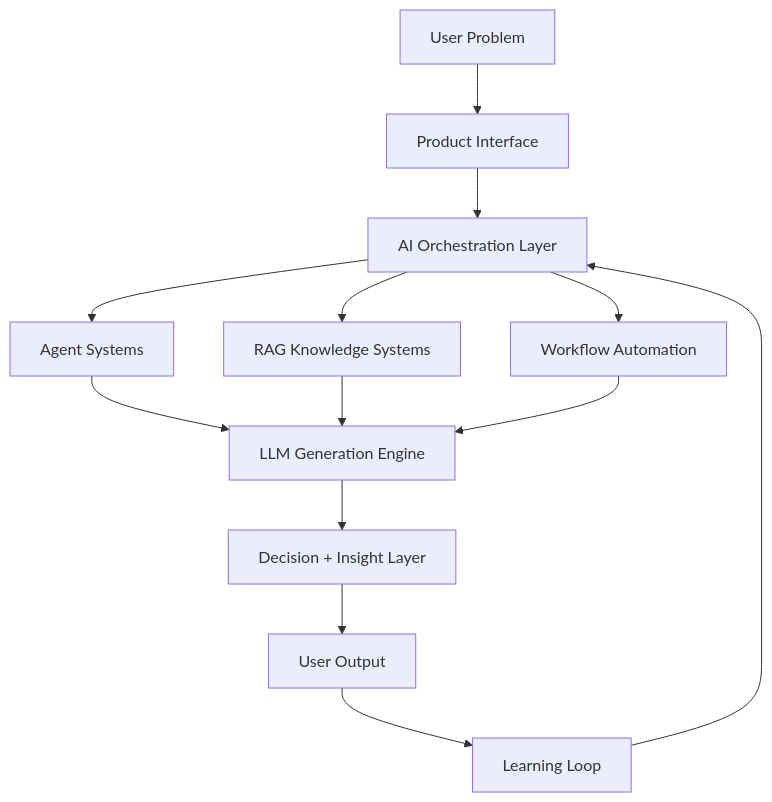
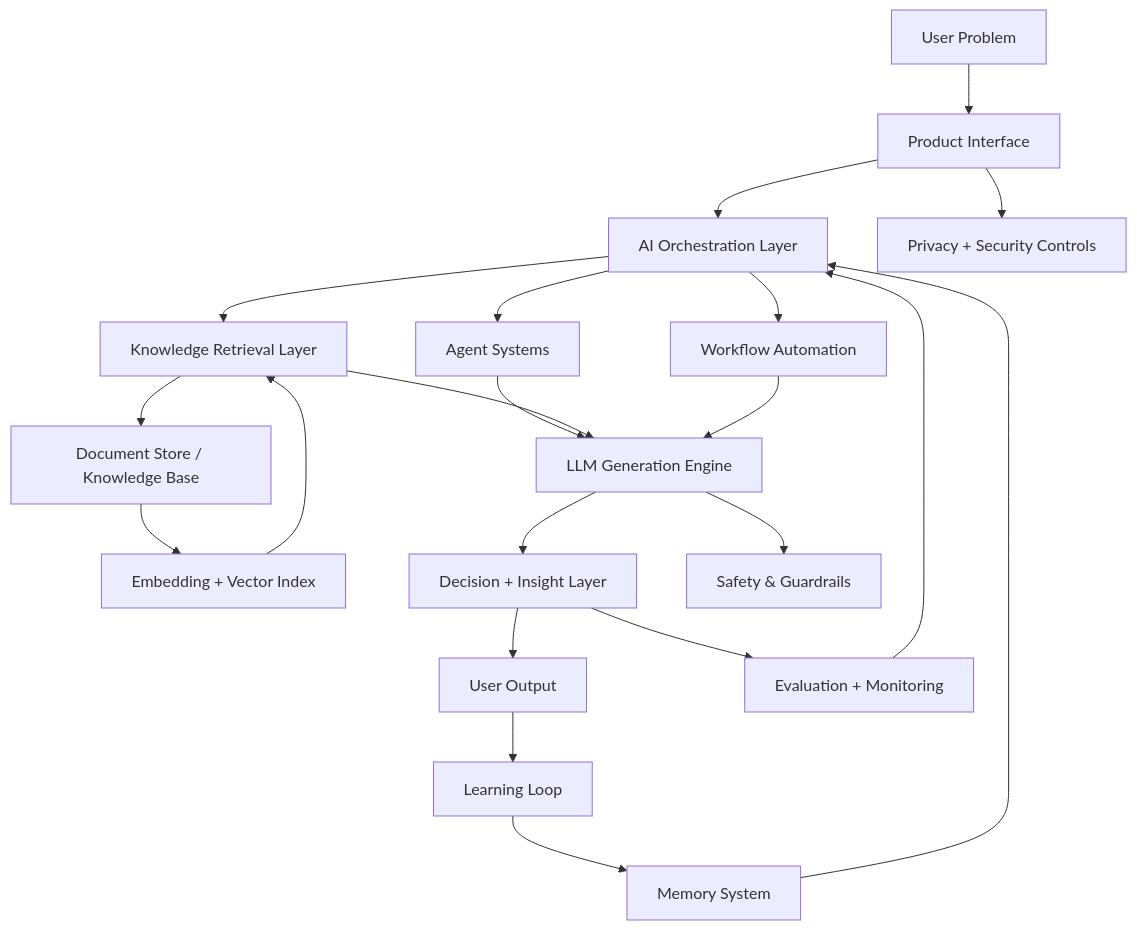
One commit to herominutes/herominutes changed the diagram in README.md. Above: the diagram before and after it, drawn with Mermaid. The commit also changed other lines of this file, not shown here.

````diff
--- a/README.md
+++ b/README.md
@@ -12,22 +14,42 @@
 ```mermaid
 flowchart TD
 
 A[User Problem] --> B[Product Interface]
 
 B --> C[AI Orchestration Layer]
 
 C --> D1[Agent Systems]
-C --> D2[RAG Knowledge Systems]
+C --> D2[Knowledge Retrieval Layer]
 C --> D3[Workflow Automation]
+
+D2 --> K[Document Store / Knowledge Base]
+
+K --> L[Embedding + Vector Index]
+
+L --> D2
 
 D1 --> E[LLM Generation Engine]
 D2 --> E
 D3 --> E
 
 E --> F[Decision + Insight Layer]
 
 F --> G[User Output]
 
 G --> H[Learning Loop]
-H --> C
+
+H --> M[Memory System]
+
+M --> C
+
+%% Safety Layer
+E --> S[Safety & Guardrails]
+
+%% Privacy Layer
+B --> P[Privacy + Security Controls]
+
+%% Evaluation
+F --> Q[Evaluation + Monitoring]
+
+Q --> C
 ```
````
